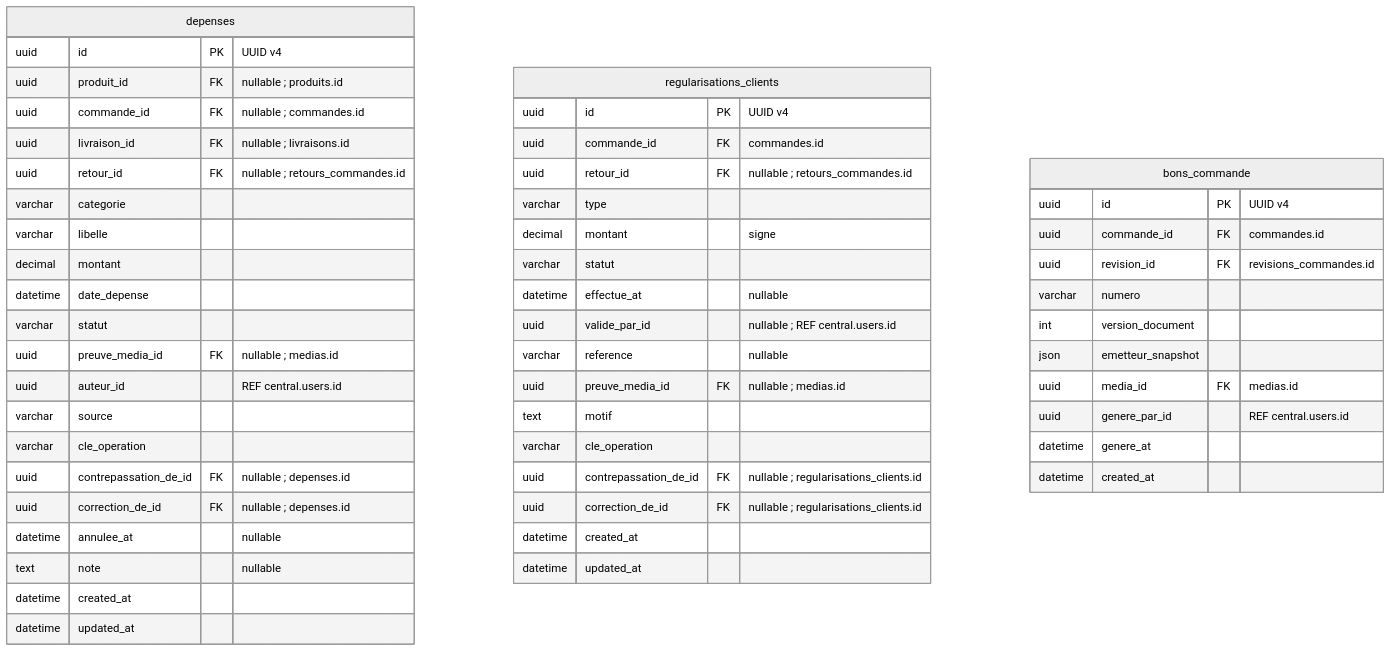
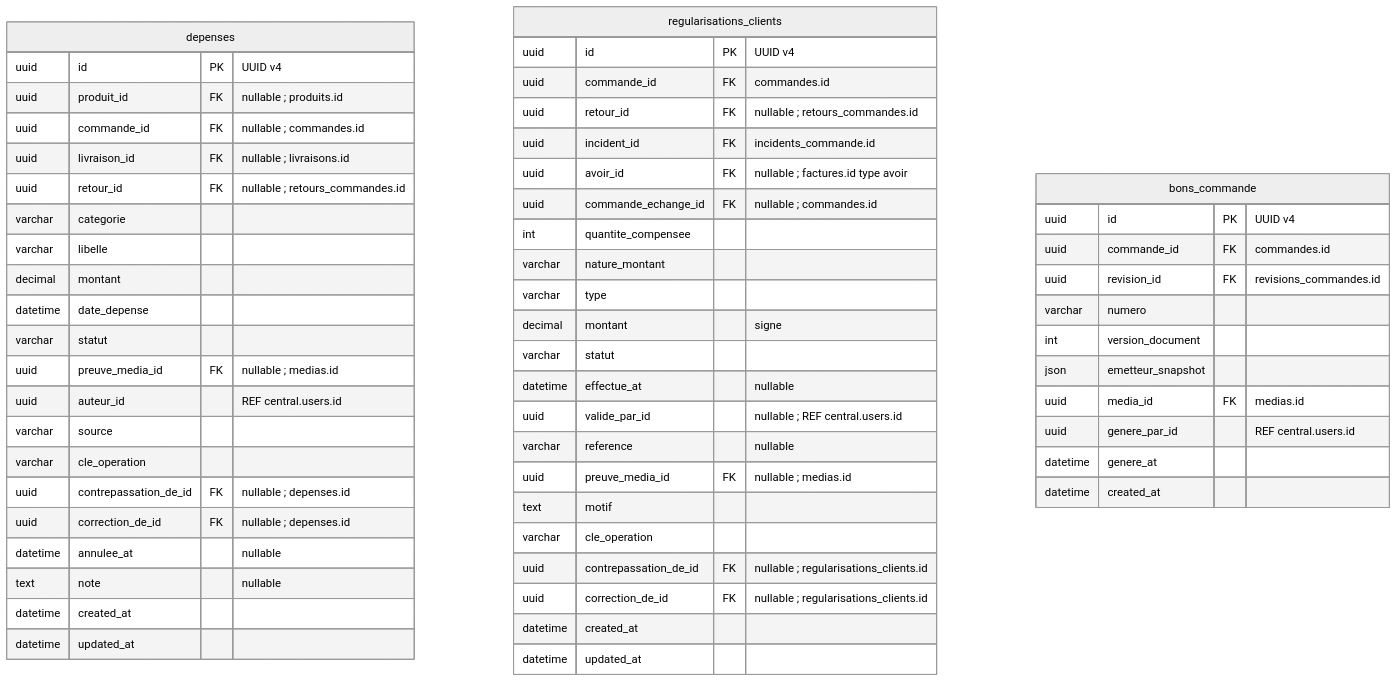
Diagram 28 of 36 in Schema-BDD-SaaS-Ecommerce-UUID.md (unitealfa/saas-ecom), drawn with Mermaid (neutral theme) before and after one commit. The commit also changed other lines of this file, not shown here.

````diff
--- a/Schema-BDD-SaaS-Ecommerce-UUID.md
+++ b/Schema-BDD-SaaS-Ecommerce-UUID.md
@@ -1741,56 +2182,61 @@
 ```mermaid
 erDiagram
     direction TB
     depenses {
         uuid id PK "UUID v4"
         uuid produit_id FK "nullable ; produits.id"
         uuid commande_id FK "nullable ; commandes.id"
         uuid livraison_id FK "nullable ; livraisons.id"
         uuid retour_id FK "nullable ; retours_commandes.id"
         varchar categorie
         varchar libelle
         decimal montant
         datetime date_depense
         varchar statut
         uuid preuve_media_id FK "nullable ; medias.id"
         uuid auteur_id "REF central.users.id"
         varchar source
         varchar cle_operation
         uuid contrepassation_de_id FK "nullable ; depenses.id"
         uuid correction_de_id FK "nullable ; depenses.id"
         datetime annulee_at "nullable"
         text note "nullable"
         datetime created_at
         datetime updated_at
     }
     regularisations_clients {
         uuid id PK "UUID v4"
         uuid commande_id FK "commandes.id"
         uuid retour_id FK "nullable ; retours_commandes.id"
+        uuid incident_id FK "incidents_commande.id"
+        uuid avoir_id FK "nullable ; factures.id type avoir"
+        uuid commande_echange_id FK "nullable ; commandes.id"
+        int quantite_compensee
+        varchar nature_montant
         varchar type
         decimal montant "signe"
         varchar statut
         datetime effectue_at "nullable"
         uuid valide_par_id "nullable ; REF central.users.id"
         varchar reference "nullable"
         uuid preuve_media_id FK "nullable ; medias.id"
         text motif
         varchar cle_operation
         uuid contrepassation_de_id FK "nullable ; regularisations_clients.id"
         uuid correction_de_id FK "nullable ; regularisations_clients.id"
         datetime created_at
         datetime updated_at
     }
     bons_commande {
         uuid id PK "UUID v4"
         uuid commande_id FK "commandes.id"
         uuid revision_id FK "revisions_commandes.id"
         varchar numero
         int version_document
         json emetteur_snapshot
         uuid media_id FK "medias.id"
         uuid genere_par_id "REF central.users.id"
         datetime genere_at
         datetime created_at
     }
 ```
````
